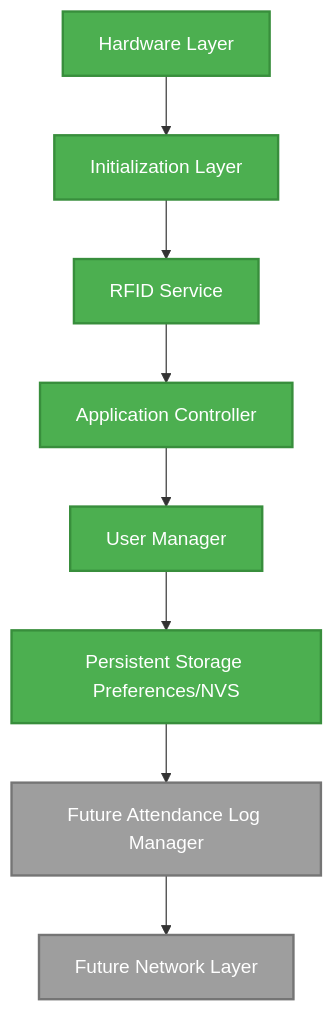
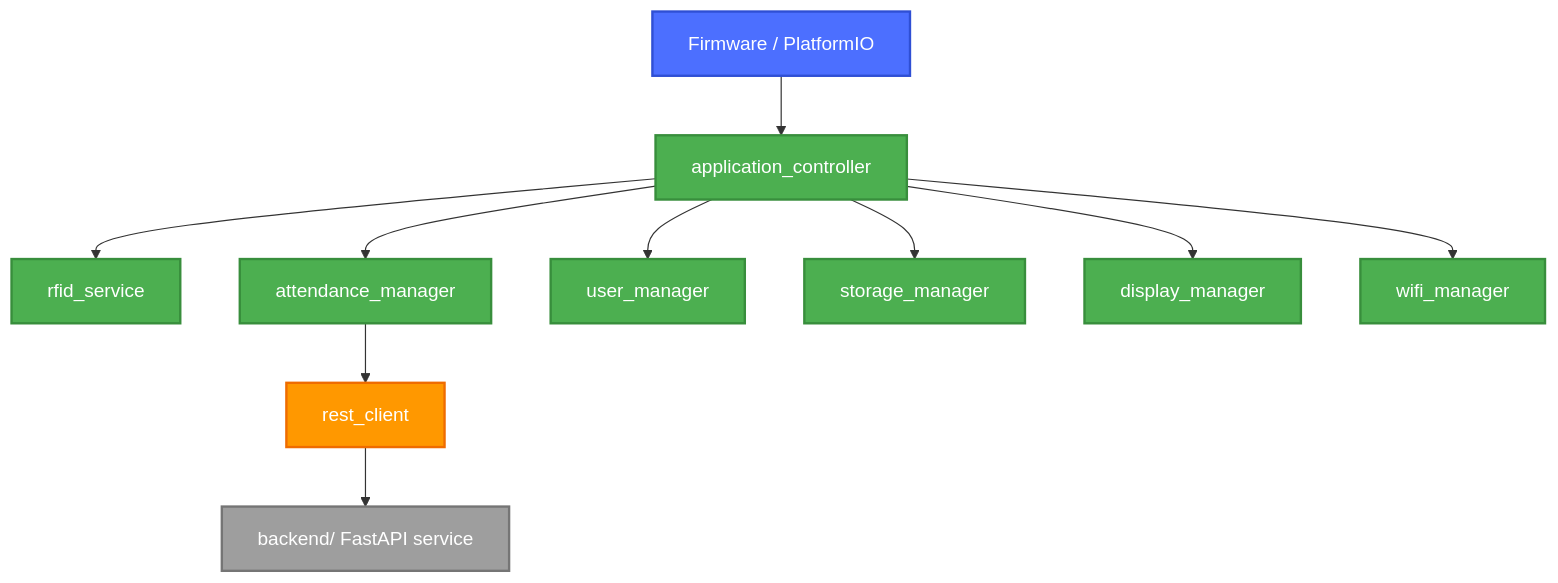
One commit to Ayaan1911/ESP32-RFID-Attendance-System changed the diagram in README.md. Above: the diagram before and after it, drawn with Mermaid. The commit also changed other lines of this file and 5 other files, not shown here.

Commit message:
v1.4: Add REST API Client and update README

````diff
--- a/README.md
+++ b/README.md
@@ -57,19 +59,23 @@
 ```mermaid
 graph TD
-    A[Hardware Layer] --> B[Initialization Layer]
-    B --> C[RFID Service]
-    C --> D[Application Controller]
-    D --> E[User Manager]
-    E --> F[Persistent Storage Preferences/NVS]
-    F --> G[Future Attendance Log Manager]
-    G --> H[Future Network Layer]
+    FW[Firmware / PlatformIO] --> AC[application_controller]
+    AC --> RFID[rfid_service]
+    AC --> AM[attendance_manager]
+    AC --> UM[user_manager]
+    AC --> SM[storage_manager]
+    AC --> DM[display_manager]
+    AC --> WM[wifi_manager]
+    AM --> RC[rest_client]
+    RC --> BE[backend/ FastAPI service]
 
-    style A fill:#4CAF50,stroke:#388E3C,stroke-width:2px,color:#fff
-    style B fill:#4CAF50,stroke:#388E3C,stroke-width:2px,color:#fff
-    style C fill:#4CAF50,stroke:#388E3C,stroke-width:2px,color:#fff
-    style D fill:#4CAF50,stroke:#388E3C,stroke-width:2px,color:#fff
-    style E fill:#4CAF50,stroke:#388E3C,stroke-width:2px,color:#fff
-    style F fill:#4CAF50,stroke:#388E3C,stroke-width:2px,color:#fff
-    style G fill:#9E9E9E,stroke:#757575,stroke-width:2px,color:#fff
-    style H fill:#9E9E9E,stroke:#757575,stroke-width:2px,color:#fff
+    style FW fill:#4C6FFF,stroke:#2F4FD4,stroke-width:2px,color:#fff
+    style AC fill:#4CAF50,stroke:#388E3C,stroke-width:2px,color:#fff
+    style RFID fill:#4CAF50,stroke:#388E3C,stroke-width:2px,color:#fff
+    style AM fill:#4CAF50,stroke:#388E3C,stroke-width:2px,color:#fff
+    style UM fill:#4CAF50,stroke:#388E3C,stroke-width:2px,color:#fff
+    style SM fill:#4CAF50,stroke:#388E3C,stroke-width:2px,color:#fff
+    style DM fill:#4CAF50,stroke:#388E3C,stroke-width:2px,color:#fff
+    style WM fill:#4CAF50,stroke:#388E3C,stroke-width:2px,color:#fff
+    style RC fill:#FF9800,stroke:#EF6C00,stroke-width:2px,color:#fff
+    style BE fill:#9E9E9E,stroke:#757575,stroke-width:2px,color:#fff
 ```
````
